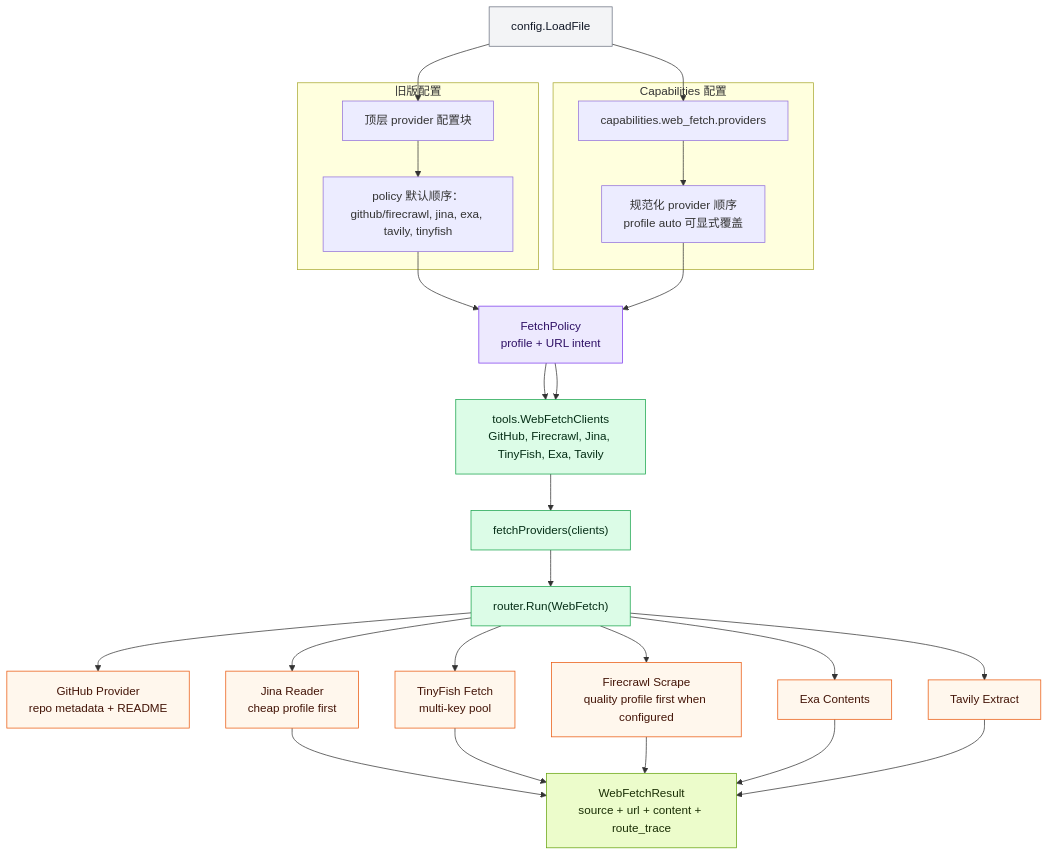
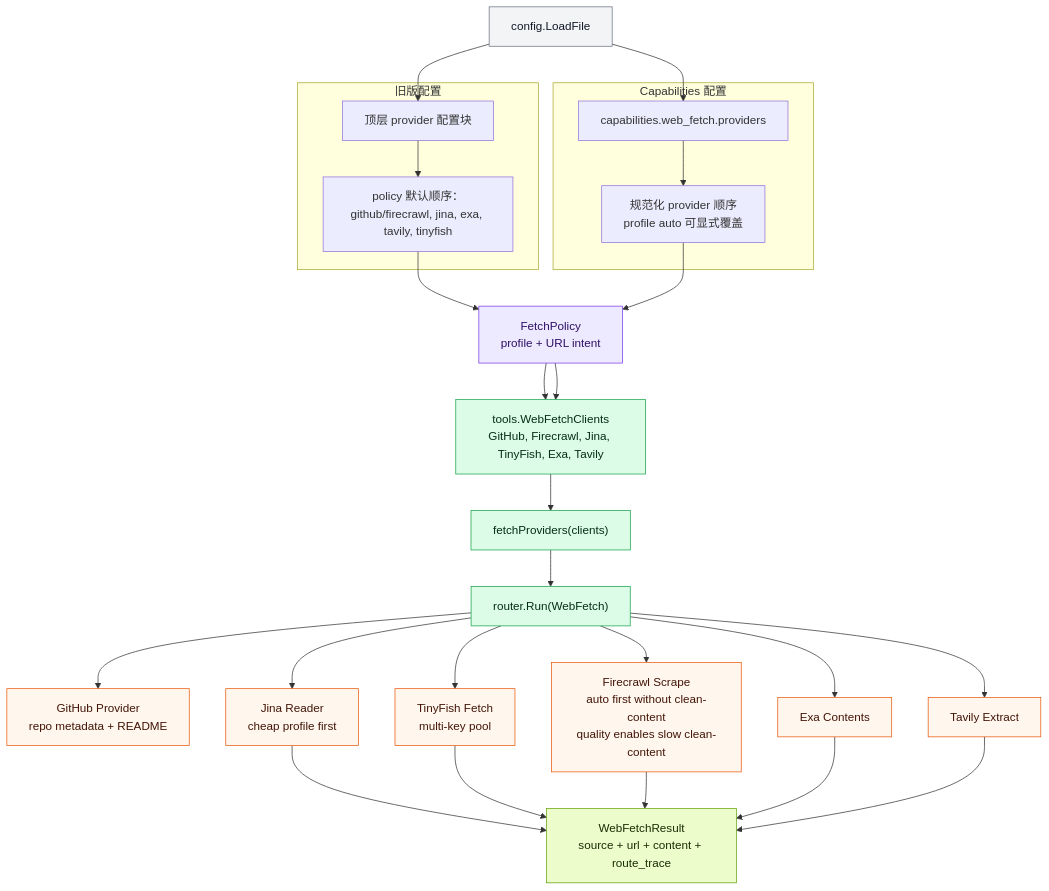
One commit to 500tpig/sourcemux-go changed the fourth of 6 diagrams in docs/ARCHITECTURE.md. Above: the diagram before and after it, drawn with Mermaid. The commit also changed other lines of this file and 15 other files, not shown here.

````diff
--- a/docs/ARCHITECTURE.md
+++ b/docs/ARCHITECTURE.md
@@ -188,49 +188,49 @@
 ```mermaid
 flowchart TB
     config["config.LoadFile"]:::config
 
     subgraph V1["旧版配置"]
         v1["顶层 provider 配置块"]
         defaultOrder["policy 默认顺序：\ngithub/firecrawl, jina, exa, tavily, tinyfish"]
     end
 
     subgraph V2["Capabilities 配置"]
         v2["capabilities.web_fetch.providers"]
         customOrder["规范化 provider 顺序\nprofile auto 可显式覆盖"]
     end
 
     policy["FetchPolicy\nprofile + URL intent"]:::policy
     clients["tools.WebFetchClients\nGitHub, Firecrawl, Jina, TinyFish, Exa, Tavily"]:::core
     fetchProviders["fetchProviders(clients)"]:::core
     router["router.Run(WebFetch)"]:::core
 
     github["GitHub Provider\nrepo metadata + README"]:::provider
     jina["Jina Reader\ncheap profile first"]:::provider
     tiny["TinyFish Fetch\nmulti-key pool"]:::provider
-    fire["Firecrawl Scrape\nquality profile first when configured"]:::provider
+    fire["Firecrawl Scrape\nauto first without clean-content\nquality enables slow clean-content"]:::provider
     exa["Exa Contents"]:::provider
     tavily["Tavily Extract"]:::provider
 
     output["WebFetchResult\nsource + url + content + route_trace"]:::output
 
     config --> v1 --> defaultOrder --> policy --> clients
     config --> v2 --> customOrder --> policy --> clients
     clients --> fetchProviders --> router
     router --> github
     router --> jina
     router --> tiny
     router --> fire
     router --> exa
     router --> tavily
     jina --> output
     tiny --> output
     fire --> output
     exa --> output
     tavily --> output
 
     classDef config fill:#f3f4f6,stroke:#6b7280,color:#111827;
     classDef policy fill:#ede9fe,stroke:#7c3aed,color:#2e1065;
     classDef core fill:#dcfce7,stroke:#16a34a,color:#052e16;
     classDef provider fill:#fff7ed,stroke:#ea580c,color:#431407;
     classDef output fill:#ecfccb,stroke:#65a30d,color:#1a2e05;
 ```
````
